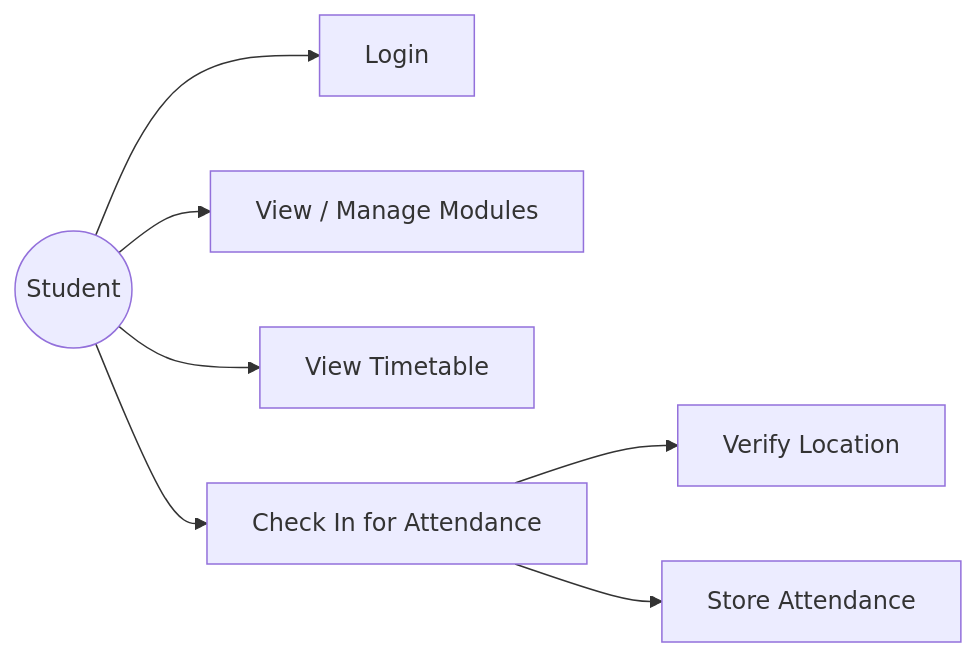
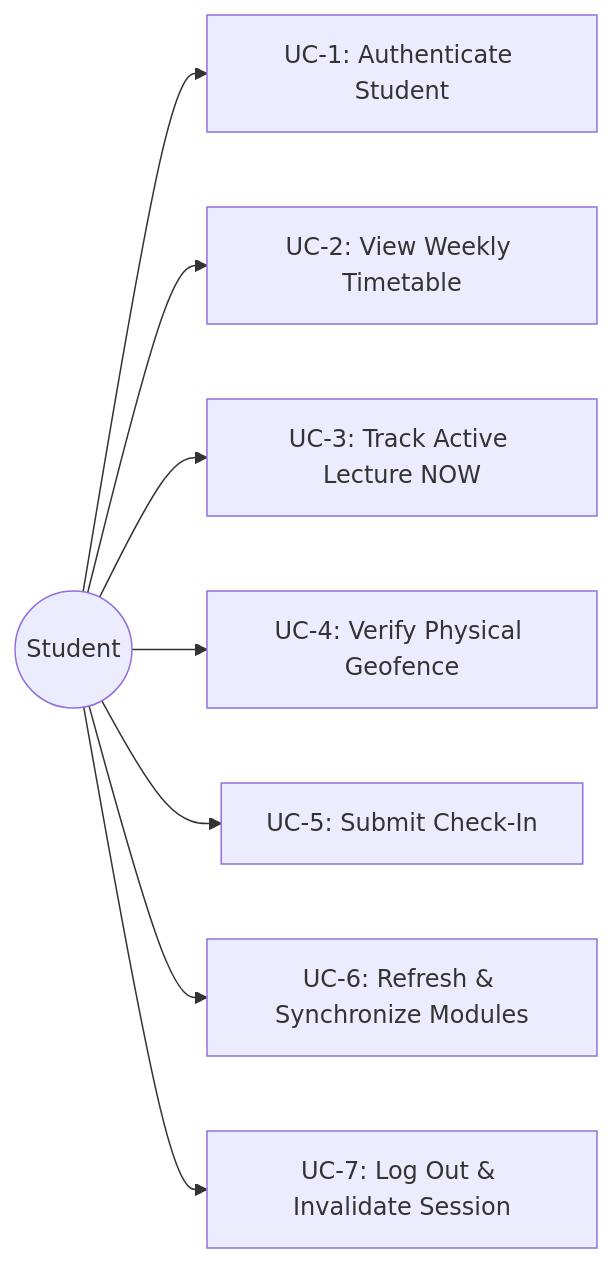
One commit to NaikAtharva002/java-vithyarthi-project changed the third of 6 diagrams in docs/design-and-testing.md. Above: the diagram before and after it, drawn with Mermaid. The commit also changed other lines of this file and 23 other files, not shown here.

````diff
--- a/docs/design-and-testing.md
+++ b/docs/design-and-testing.md
@@ -43,17 +146,20 @@
 ```mermaid
 flowchart LR
     Student((Student))
-    Login[Login]
-    ViewModules[View / Manage Modules]
-    ViewTimetable[View Timetable]
-    CheckAttendance[Check In for Attendance]
-    VerifyLocation[Verify Location]
-    StoreAttendance[Store Attendance]
 
-    Student --> Login
-    Student --> ViewModules
-    Student --> ViewTimetable
-    Student --> CheckAttendance
-    CheckAttendance --> VerifyLocation
-    CheckAttendance --> StoreAttendance
+    UC1[UC-1: Authenticate Student]
+    UC2[UC-2: View Weekly Timetable]
+    UC3[UC-3: Track Active Lecture NOW]
+    UC4[UC-4: Verify Physical Geofence]
+    UC5[UC-5: Submit Check-In]
+    UC6[UC-6: Refresh & Synchronize Modules]
+    UC7[UC-7: Log Out & Invalidate Session]
+
+    Student --> UC1
+    Student --> UC2
+    Student --> UC3
+    Student --> UC4
+    Student --> UC5
+    Student --> UC6
+    Student --> UC7
 ```
````
